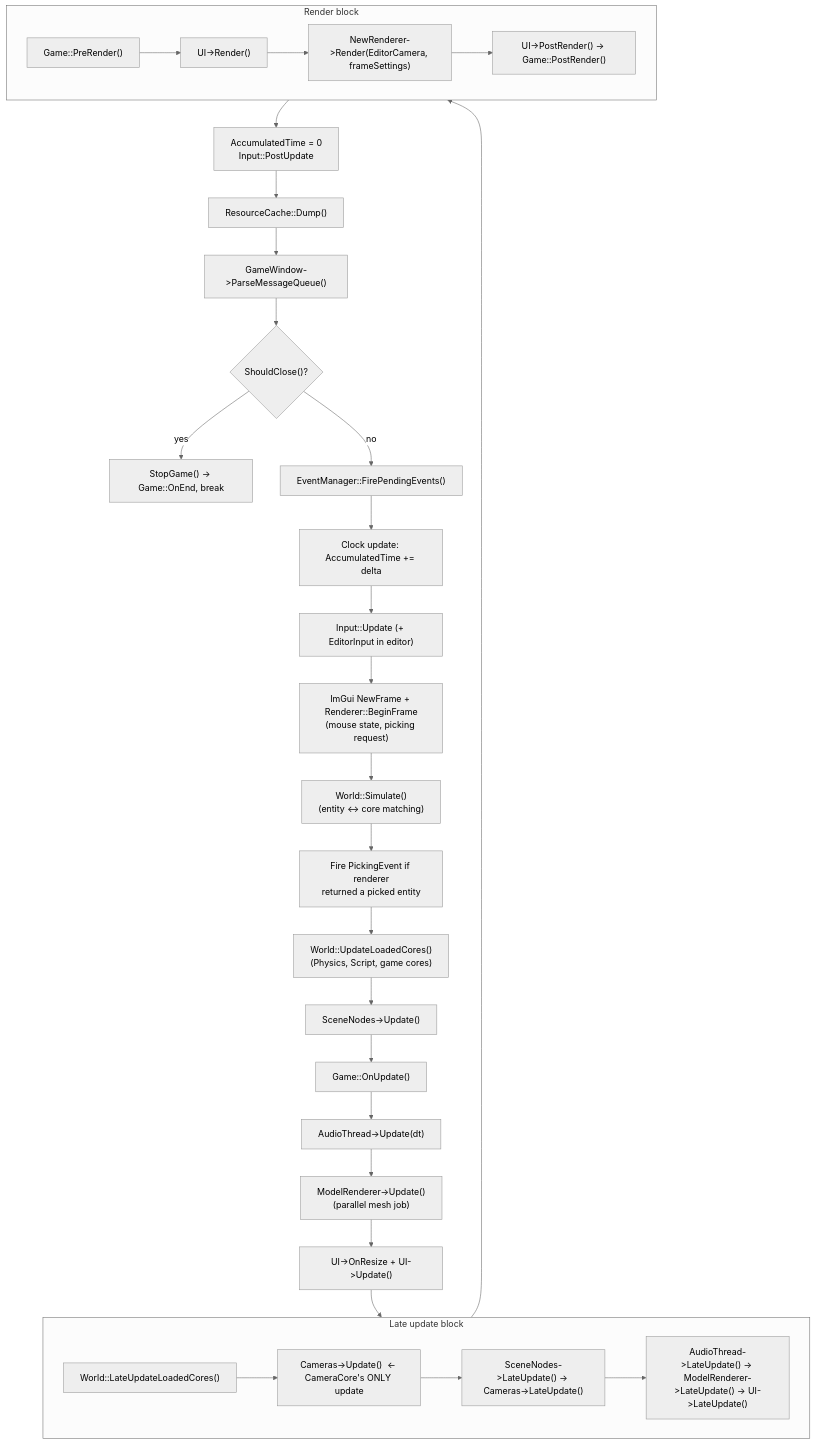
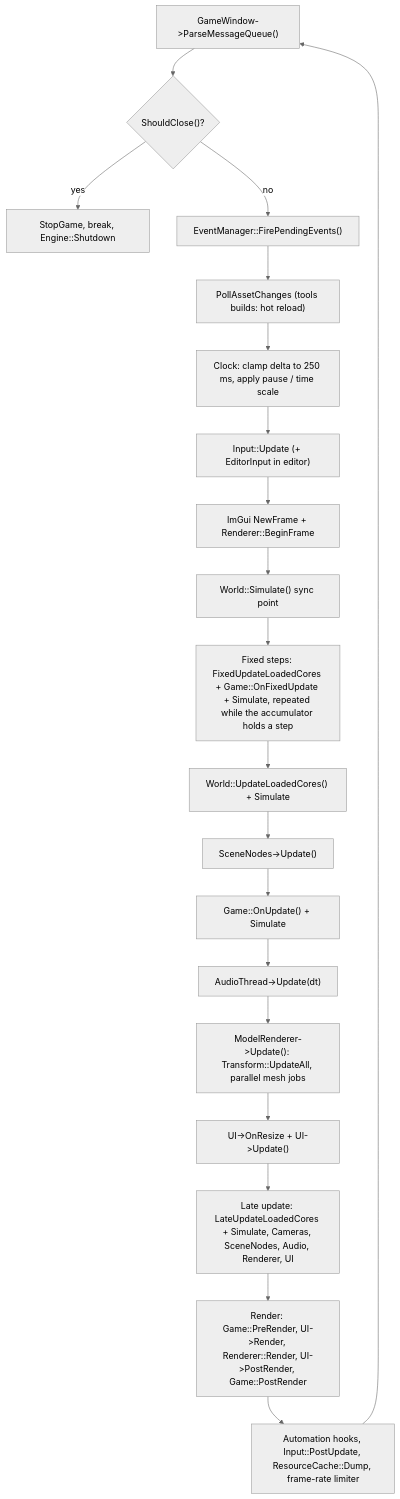
One commit to wobbier/MitchEngine changed the second of 2 diagrams in Docs/Architecture.md. Above: the diagram before and after it, drawn with Mermaid (neutral theme). The commit also changed other lines of this file and 5 other files, not shown here.

First line of the commit message:
📚 Docs: ECS v2, Jobs/Events v2, scene format v2, frame loop, hot reload

````diff
--- a/Docs/Architecture.md
+++ b/Docs/Architecture.md
@@ -93,32 +93,22 @@
 ```mermaid
 flowchart TD
     A["GameWindow->ParseMessageQueue()"] --> B{"ShouldClose()?"}
-    B -- yes --> Z["StopGame() → Game::OnEnd, break"]
+    B -- yes --> Z["StopGame, break, Engine::Shutdown"]
     B -- no --> C["EventManager::FirePendingEvents()"]
-    C --> D["Clock update: AccumulatedTime += delta"]
+    C --> C2["PollAssetChanges (tools builds: hot reload)"]
+    C2 --> D["Clock: clamp delta to 250 ms, apply pause / time scale"]
     D --> E["Input::Update (+ EditorInput in editor)"]
-    E --> F["ImGui NewFrame + Renderer::BeginFrame<br/>(mouse state, picking request)"]
-    F --> G["World::Simulate()<br/>(entity ↔ core matching)"]
-    G --> H["Fire PickingEvent if renderer<br/>returned a picked entity"]
-    H --> I["World::UpdateLoadedCores()<br/>(Physics, Script, game cores)"]
+    E --> F["ImGui NewFrame + Renderer::BeginFrame"]
+    F --> G["World::Simulate() sync point"]
+    G --> H["Fixed steps: FixedUpdateLoadedCores + Game::OnFixedUpdate + Simulate, repeated while the accumulator holds a step"]
+    H --> I["World::UpdateLoadedCores() + Simulate"]
     I --> J["SceneNodes->Update()"]
-    J --> K["Game::OnUpdate()"]
+    J --> K["Game::OnUpdate() + Simulate"]
     K --> L["AudioThread->Update(dt)"]
-    L --> M["ModelRenderer->Update()<br/>(parallel mesh job)"]
+    L --> M["ModelRenderer->Update(): Transform::UpdateAll, parallel mesh jobs"]
     M --> N["UI->OnResize + UI->Update()"]
-    N --> O
-    subgraph O["Late update block"]
-        O1["World::LateUpdateLoadedCores()"] --> O2["Cameras->Update()  ← CameraCore's ONLY update"]
-        O2 --> O3["SceneNodes->LateUpdate() → Cameras->LateUpdate()"]
-        O3 --> O4["AudioThread->LateUpdate() → ModelRenderer->LateUpdate() → UI->LateUpdate()"]
-    end
-    O --> P
-    subgraph P["Render block"]
-        P1["Game::PreRender()"] --> P2["UI->Render()"]
-        P2 --> P3["NewRenderer->Render(EditorCamera, frameSettings)"]
-        P3 --> P4["UI->PostRender() → Game::PostRender()"]
-    end
-    P --> Q["AccumulatedTime = 0<br/>Input::PostUpdate"]
-    Q --> R["ResourceCache::Dump()"]
-    R --> A
+    N --> O["Late update: LateUpdateLoadedCores + Simulate, Cameras, SceneNodes, Audio, Renderer, UI"]
+    O --> P["Render: Game::PreRender, UI->Render, Renderer::Render, UI->PostRender, Game::PostRender"]
+    P --> Q["Automation hooks, Input::PostUpdate, ResourceCache::Dump, frame-rate limiter"]
+    Q --> A
 ```
````
